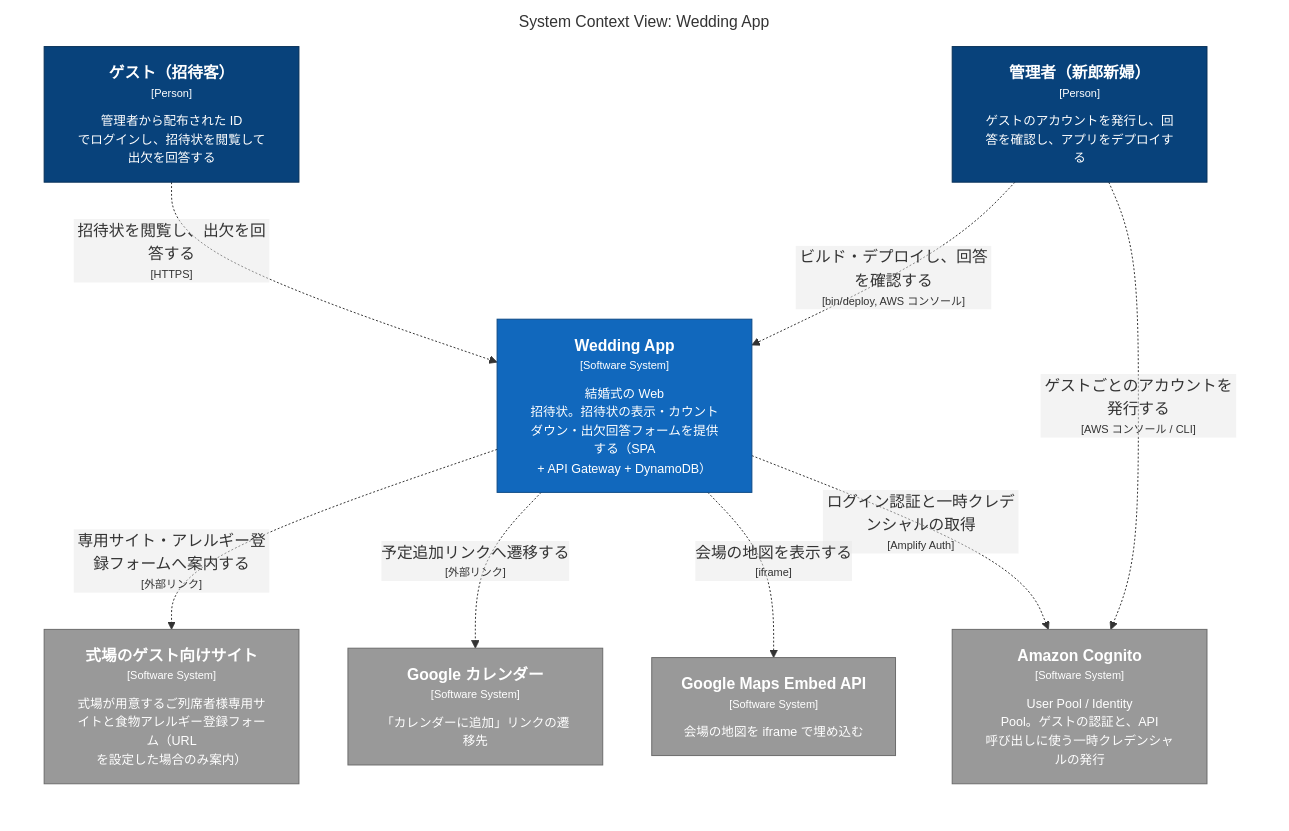
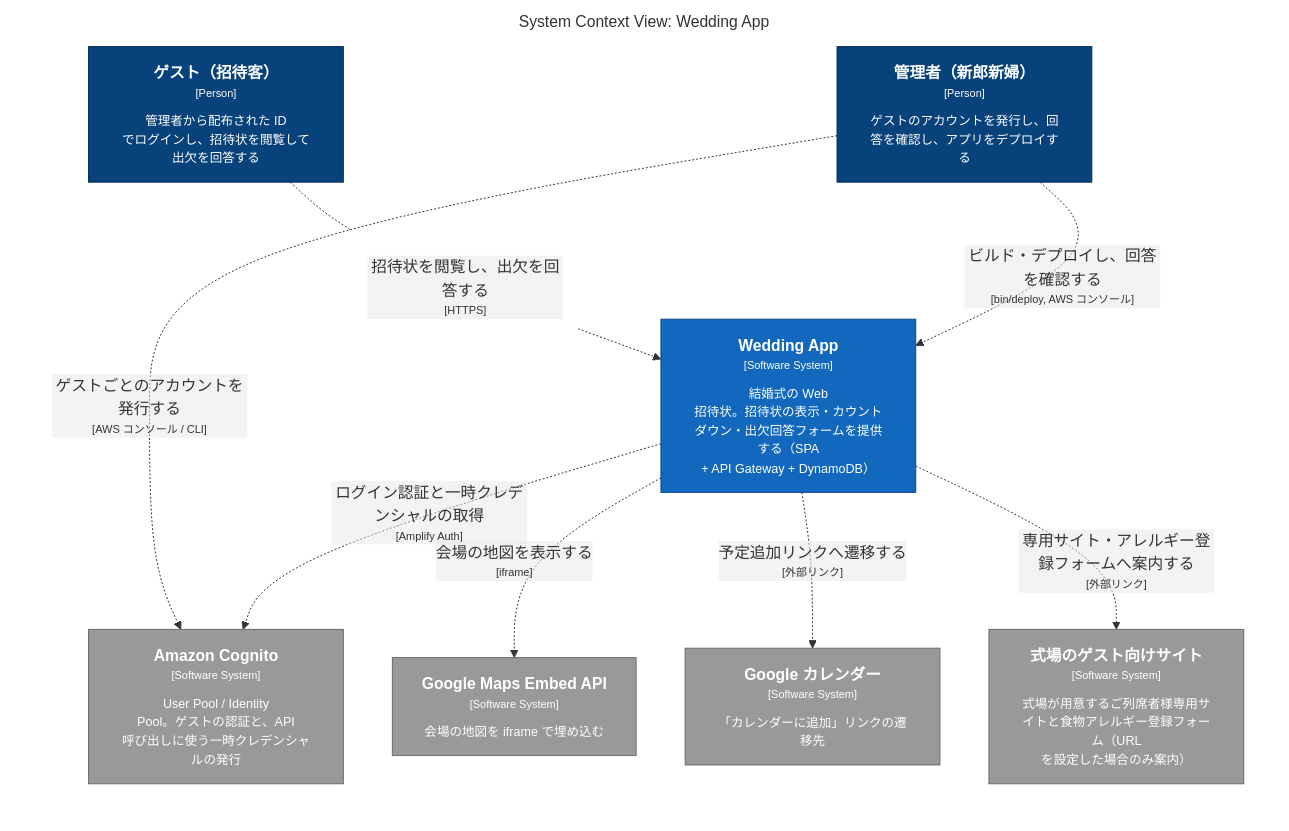
One commit to Yuchan4342/wedding-app changed the diagram in docs/architecture/structurizr-SystemContext.mmd. Above: the diagram before and after it, drawn with Mermaid. The commit also changed 4 other files, not shown here.

First line of the commit message:
C4 モデルの Container 図を追加する

```diff
--- a/docs/architecture/structurizr-SystemContext.mmd
+++ b/docs/architecture/structurizr-SystemContext.mmd
@@ -1,30 +1,30 @@
 graph LR
   linkStyle default fill:#ffffff
 
   subgraph diagram ["System Context View: Wedding App"]
     style diagram fill:#ffffff,stroke:#ffffff
 
     1["<div style='font-weight: bold'>ゲスト（招待客）</div><div style='font-size: 70%; margin-top: 0px'>[Person]</div><div style='font-size: 80%; margin-top:10px'>管理者から配布された ID<br />でログインし、招待状を閲覧して出欠を回答する</div>"]
     style 1 fill:#08427b,stroke:#052e56,color:#ffffff
+    10["<div style='font-weight: bold'>Google Maps Embed API</div><div style='font-size: 70%; margin-top: 0px'>[Software System]</div><div style='font-size: 80%; margin-top:10px'>会場の地図を iframe で埋め込む</div>"]
+    style 10 fill:#999999,stroke:#6b6b6b,color:#ffffff
+    11["<div style='font-weight: bold'>Google カレンダー</div><div style='font-size: 70%; margin-top: 0px'>[Software System]</div><div style='font-size: 80%; margin-top:10px'>「カレンダーに追加」リンクの遷移先</div>"]
+    style 11 fill:#999999,stroke:#6b6b6b,color:#ffffff
+    12["<div style='font-weight: bold'>式場のゲスト向けサイト</div><div style='font-size: 70%; margin-top: 0px'>[Software System]</div><div style='font-size: 80%; margin-top:10px'>式場が用意するご列席者様専用サイトと食物アレルギー登録フォーム（URL<br />を設定した場合のみ案内）</div>"]
+    style 12 fill:#999999,stroke:#6b6b6b,color:#ffffff
     2["<div style='font-weight: bold'>管理者（新郎新婦）</div><div style='font-size: 70%; margin-top: 0px'>[Person]</div><div style='font-size: 80%; margin-top:10px'>ゲストのアカウントを発行し、回答を確認し、アプリをデプロイする</div>"]
     style 2 fill:#08427b,stroke:#052e56,color:#ffffff
     3["<div style='font-weight: bold'>Wedding App</div><div style='font-size: 70%; margin-top: 0px'>[Software System]</div><div style='font-size: 80%; margin-top:10px'>結婚式の Web<br />招待状。招待状の表示・カウントダウン・出欠回答フォームを提供する（SPA<br />+ API Gateway + DynamoDB）</div>"]
     style 3 fill:#1168bd,stroke:#0b4884,color:#ffffff
-    4["<div style='font-weight: bold'>Amazon Cognito</div><div style='font-size: 70%; margin-top: 0px'>[Software System]</div><div style='font-size: 80%; margin-top:10px'>User Pool / Identity<br />Pool。ゲストの認証と、API<br />呼び出しに使う一時クレデンシャルの発行</div>"]
-    style 4 fill:#999999,stroke:#6b6b6b,color:#ffffff
-    5["<div style='font-weight: bold'>Google Maps Embed API</div><div style='font-size: 70%; margin-top: 0px'>[Software System]</div><div style='font-size: 80%; margin-top:10px'>会場の地図を iframe で埋め込む</div>"]
-    style 5 fill:#999999,stroke:#6b6b6b,color:#ffffff
-    6["<div style='font-weight: bold'>Google カレンダー</div><div style='font-size: 70%; margin-top: 0px'>[Software System]</div><div style='font-size: 80%; margin-top:10px'>「カレンダーに追加」リンクの遷移先</div>"]
-    style 6 fill:#999999,stroke:#6b6b6b,color:#ffffff
-    7["<div style='font-weight: bold'>式場のゲスト向けサイト</div><div style='font-size: 70%; margin-top: 0px'>[Software System]</div><div style='font-size: 80%; margin-top:10px'>式場が用意するご列席者様専用サイトと食物アレルギー登録フォーム（URL<br />を設定した場合のみ案内）</div>"]
-    style 7 fill:#999999,stroke:#6b6b6b,color:#ffffff
+    9["<div style='font-weight: bold'>Amazon Cognito</div><div style='font-size: 70%; margin-top: 0px'>[Software System]</div><div style='font-size: 80%; margin-top:10px'>User Pool / Identity<br />Pool。ゲストの認証と、API<br />呼び出しに使う一時クレデンシャルの発行</div>"]
+    style 9 fill:#999999,stroke:#6b6b6b,color:#ffffff
 
-    2-. "<div>ゲストごとのアカウントを発行する</div><div style='font-size: 70%'>[AWS コンソール / CLI]</div>" .->4
-    3-. "<div>ログイン認証と一時クレデンシャルの取得</div><div style='font-size: 70%'>[Amplify Auth]</div>" .->4
-    3-. "<div>会場の地図を表示する</div><div style='font-size: 70%'>[iframe]</div>" .->5
-    3-. "<div>予定追加リンクへ遷移する</div><div style='font-size: 70%'>[外部リンク]</div>" .->6
-    3-. "<div>専用サイト・アレルギー登録フォームへ案内する</div><div style='font-size: 70%'>[外部リンク]</div>" .->7
     1-. "<div>招待状を閲覧し、出欠を回答する</div><div style='font-size: 70%'>[HTTPS]</div>" .->3
     2-. "<div>ビルド・デプロイし、回答を確認する</div><div style='font-size: 70%'>[bin/deploy, AWS コンソール]</div>" .->3
+    2-. "<div>ゲストごとのアカウントを発行する</div><div style='font-size: 70%'>[AWS コンソール / CLI]</div>" .->9
+    3-. "<div>ログイン認証と一時クレデンシャルの取得</div><div style='font-size: 70%'>[Amplify Auth]</div>" .->9
+    3-. "<div>会場の地図を表示する</div><div style='font-size: 70%'>[iframe]</div>" .->10
+    3-. "<div>予定追加リンクへ遷移する</div><div style='font-size: 70%'>[外部リンク]</div>" .->11
+    3-. "<div>専用サイト・アレルギー登録フォームへ案内する</div><div style='font-size: 70%'>[外部リンク]</div>" .->12
 
   end
```
